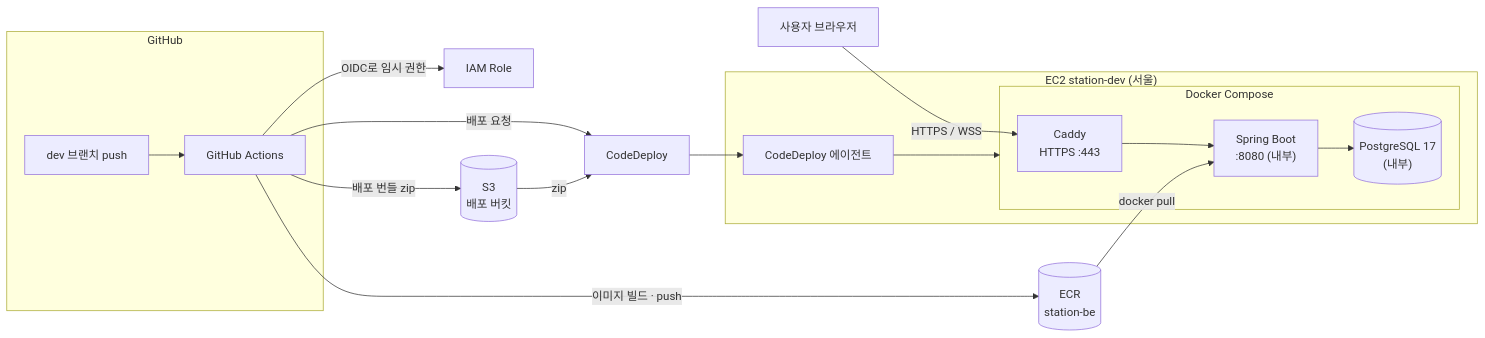
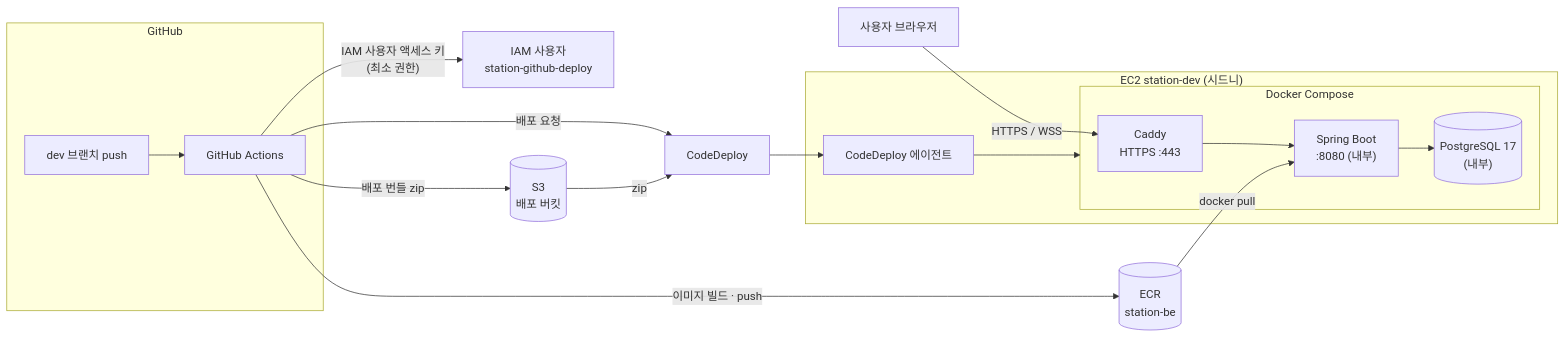
One commit to 2026Ganzi-Thon/2026_GANZITHON_TEAM_06_BE changed the diagram in docs/INFRA.md. Above: the diagram before and after it, drawn with Mermaid. The commit also changed other lines of this file and 1 other file, not shown here.

Commit message:
docs: 시드니 리전과 액세스 키 방식 반영

````diff
--- a/docs/INFRA.md
+++ b/docs/INFRA.md
@@ -8,24 +9,24 @@
 ```mermaid
 flowchart LR
     subgraph GH["GitHub"]
         R["dev 브랜치 push"] --> W["GitHub Actions"]
     end
 
-    W -- "OIDC로 임시 권한" --> IAM["IAM Role"]
+    W -- "IAM 사용자 액세스 키<br/>(최소 권한)" --> IAM["IAM 사용자<br/>station-github-deploy"]
     W -- "이미지 빌드 · push" --> ECR[("ECR<br/>station-be")]
     W -- "배포 번들 zip" --> S3[("S3<br/>배포 버킷")]
     W -- "배포 요청" --> CD["CodeDeploy"]
     S3 -- "zip" --> CD
 
-    subgraph EC2["EC2 station-dev (서울)"]
+    subgraph EC2["EC2 station-dev (시드니)"]
         AG["CodeDeploy 에이전트"] --> DC
         subgraph DC["Docker Compose"]
             C["Caddy<br/>HTTPS :443"] --> A["Spring Boot<br/>:8080 (내부)"]
             A --> D[("PostgreSQL 17<br/>(내부)")]
         end
     end
 
     CD --> AG
     ECR -- "docker pull" --> A
     U["사용자 브라우저"] -- "HTTPS / WSS" --> C
 ```
````
